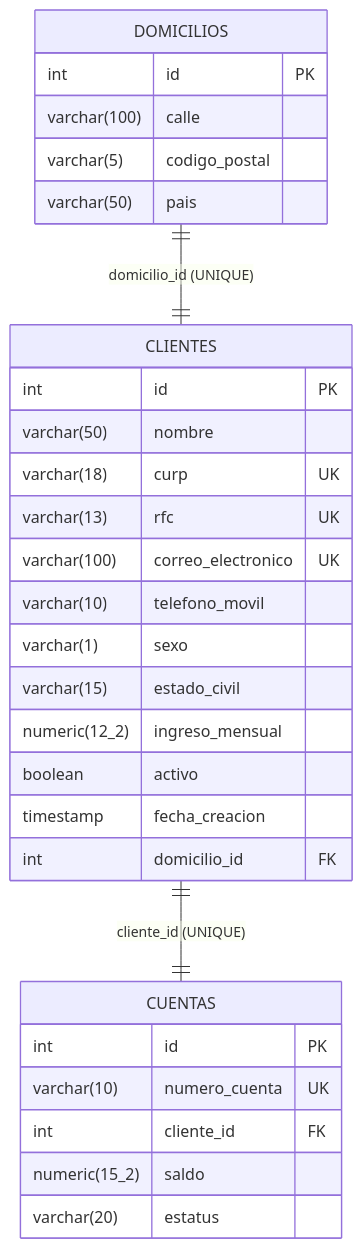
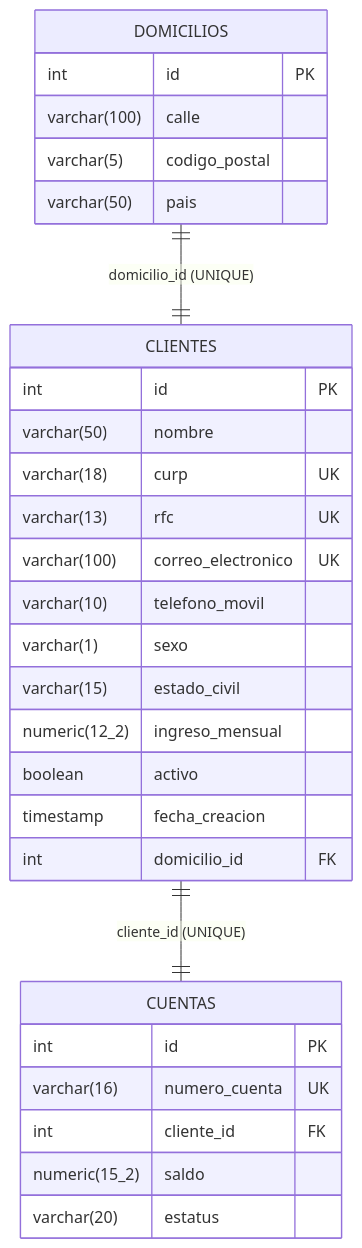
Before and after one commit to SekiroK5/proyectoAPI: the diagram in README.md, drawn with Mermaid. The commit also changed other lines of this file and 37 other files, not shown here.

````diff
--- a/README.md
+++ b/README.md
@@ -59,32 +62,32 @@
 ```mermaid
 erDiagram
     DOMICILIOS ||--|| CLIENTES : "domicilio_id (UNIQUE)"
     CLIENTES ||--|| CUENTAS : "cliente_id (UNIQUE)"
     CLIENTES {
         int id PK
         varchar(50) nombre
         varchar(18) curp UK
         varchar(13) rfc UK
         varchar(100) correo_electronico UK
         varchar(10) telefono_movil
         varchar(1) sexo
         varchar(15) estado_civil
         numeric(12_2) ingreso_mensual
         boolean activo
         timestamp fecha_creacion
         int domicilio_id FK
     }
     DOMICILIOS {
         int id PK
         varchar(100) calle
         varchar(5) codigo_postal
         varchar(50) pais
     }
     CUENTAS {
         int id PK
-        varchar(10) numero_cuenta UK
+        varchar(16) numero_cuenta UK
         int cliente_id FK
         numeric(15_2) saldo
         varchar(20) estatus
     }
 ```
````
